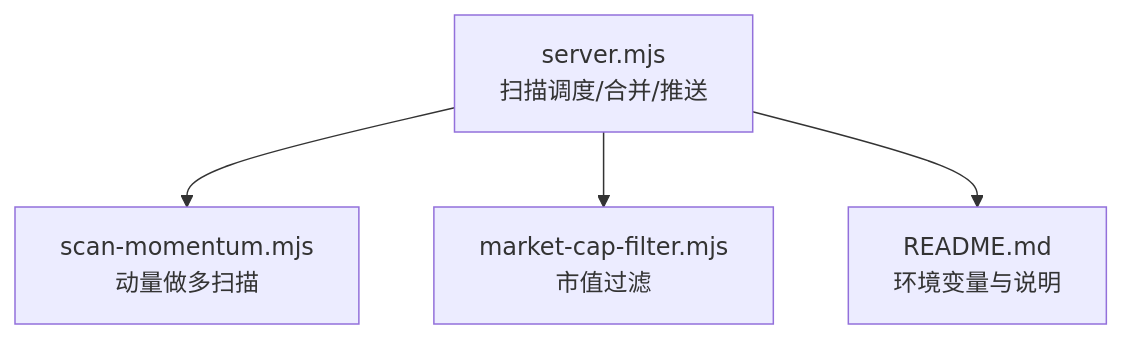
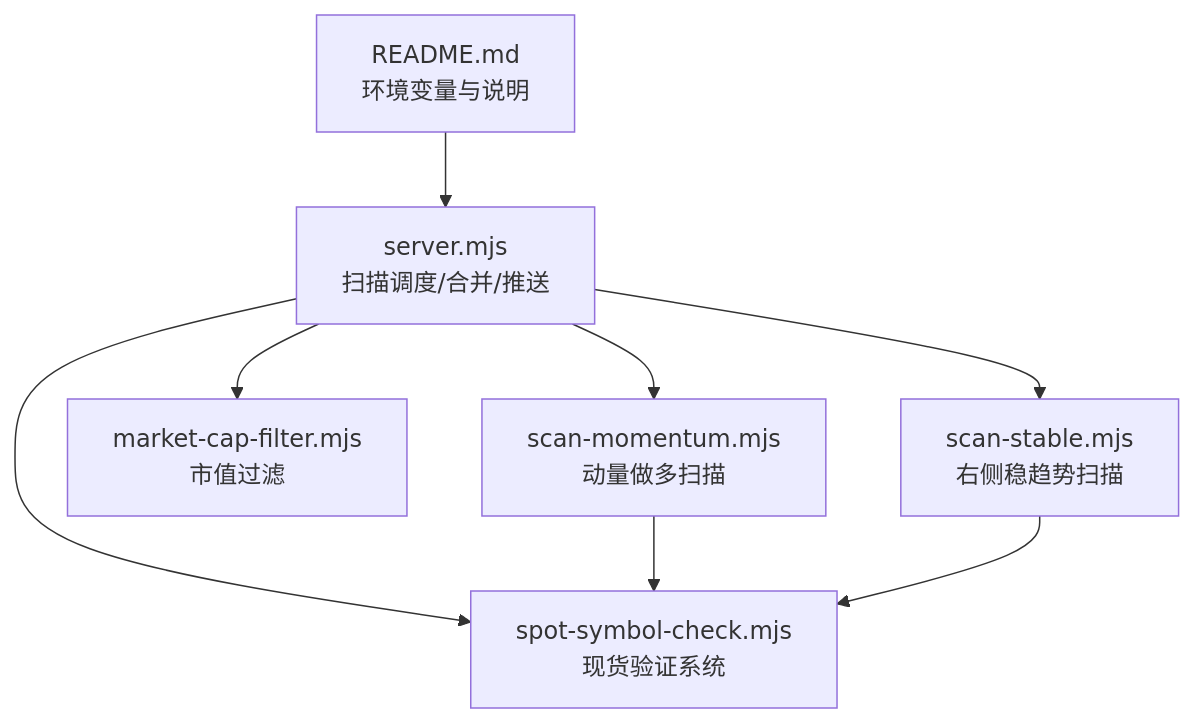
Before and after one commit to kekexilinan/BinaceSmart: the first of 8 diagrams in .qoder/repowiki/zh/content/核心功能模块/动量做多扫描.md, drawn with Mermaid. The commit also changed other lines of this file and 63 other files, not shown here.

````diff
--- a/.qoder/repowiki/zh/content/核心功能模块/动量做多扫描.md
+++ b/.qoder/repowiki/zh/content/核心功能模块/动量做多扫描.md
@@ -40,6 +54,10 @@
 ```mermaid
 graph TB
 A["server.mjs<br/>扫描调度/合并/推送"] --> B["scan-momentum.mjs<br/>动量做多扫描"]
 A --> C["market-cap-filter.mjs<br/>市值过滤"]
-A --> D["README.md<br/>环境变量与说明"]
+A --> D["spot-symbol-check.mjs<br/>现货验证系统"]
+A --> E["scan-stable.mjs<br/>右侧稳趋势扫描"]
+B --> D
+E --> D
+F["README.md<br/>环境变量与说明"] --> A
 ```
````
